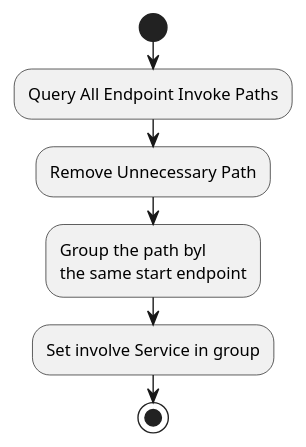
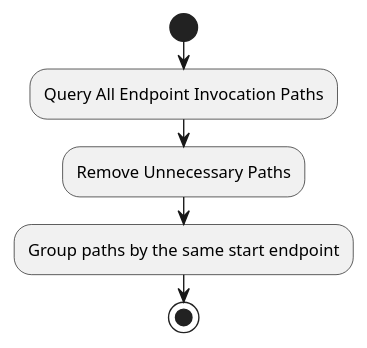
The diagram in diagram/findInvocationChain.puml (b4456609/mgp-back), drawn with PlantUML before and after one commit. The commit also changed 1 other file, not shown here.

Commit message:
update graph

```diff
--- a/diagram/findInvocationChain.puml
+++ b/diagram/findInvocationChain.puml
@@ -1,8 +1,7 @@
 @startuml
 start
-:Query All Endpoint Invoke Paths;
-:Remove Unnecessary Path;
-:Group the path byl\nthe same start endpoint;
-:Set involve Service in group;
+:Query All Endpoint Invocation Paths;
+:Remove Unnecessary Paths;
+:Group paths by the same start endpoint;
 stop
 @enduml
```
